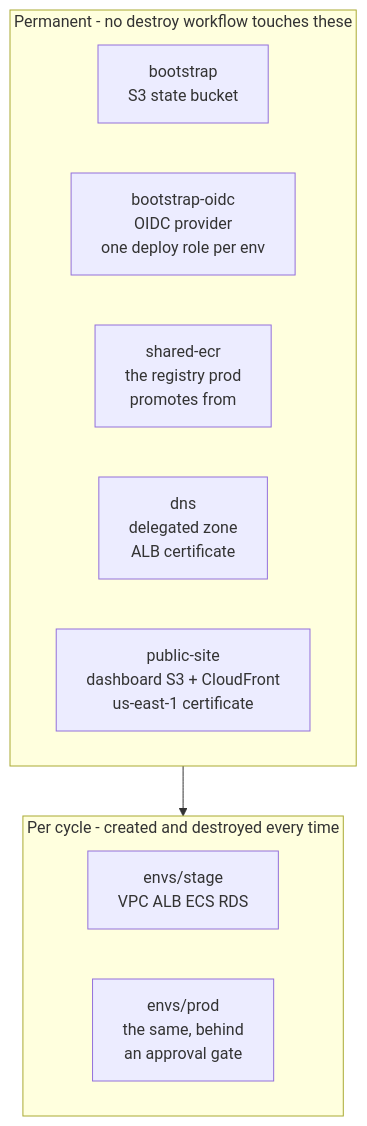
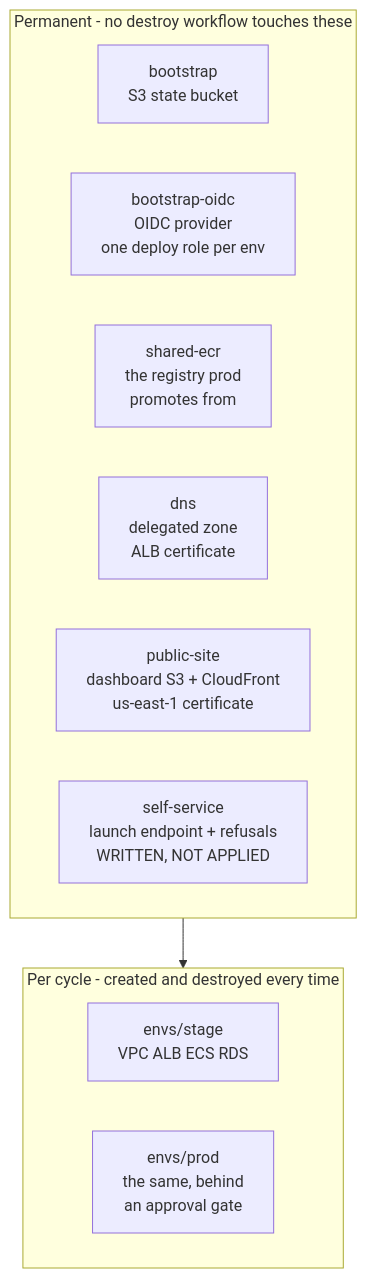
Before and after one commit to UVE-QA/aws-devops-sdet-demo: the second of 3 diagrams in docs/architecture.md, drawn with Mermaid. The commit also changed other lines of this file and 10 other files, not shown here.

````diff
--- a/docs/architecture.md
+++ b/docs/architecture.md
@@ -63,17 +65,18 @@
 ```mermaid
 flowchart TB
   subgraph P[Permanent - no destroy workflow touches these]
     direction LR
     b[bootstrap<br/>S3 state bucket]
     o[bootstrap-oidc<br/>OIDC provider<br/>one deploy role per env]
     e[shared-ecr<br/>the registry prod<br/>promotes from]
     d[dns<br/>delegated zone<br/>ALB certificate]
     s[public-site<br/>dashboard S3 + CloudFront<br/>us-east-1 certificate]
+    ss[self-service<br/>launch endpoint + refusals<br/>WRITTEN, NOT APPLIED]
   end
   subgraph C[Per cycle - created and destroyed every time]
     direction LR
     st[envs/stage<br/>VPC ALB ECS RDS]
     pr[envs/prod<br/>the same, behind<br/>an approval gate]
   end
   P --> C
 ```
````
